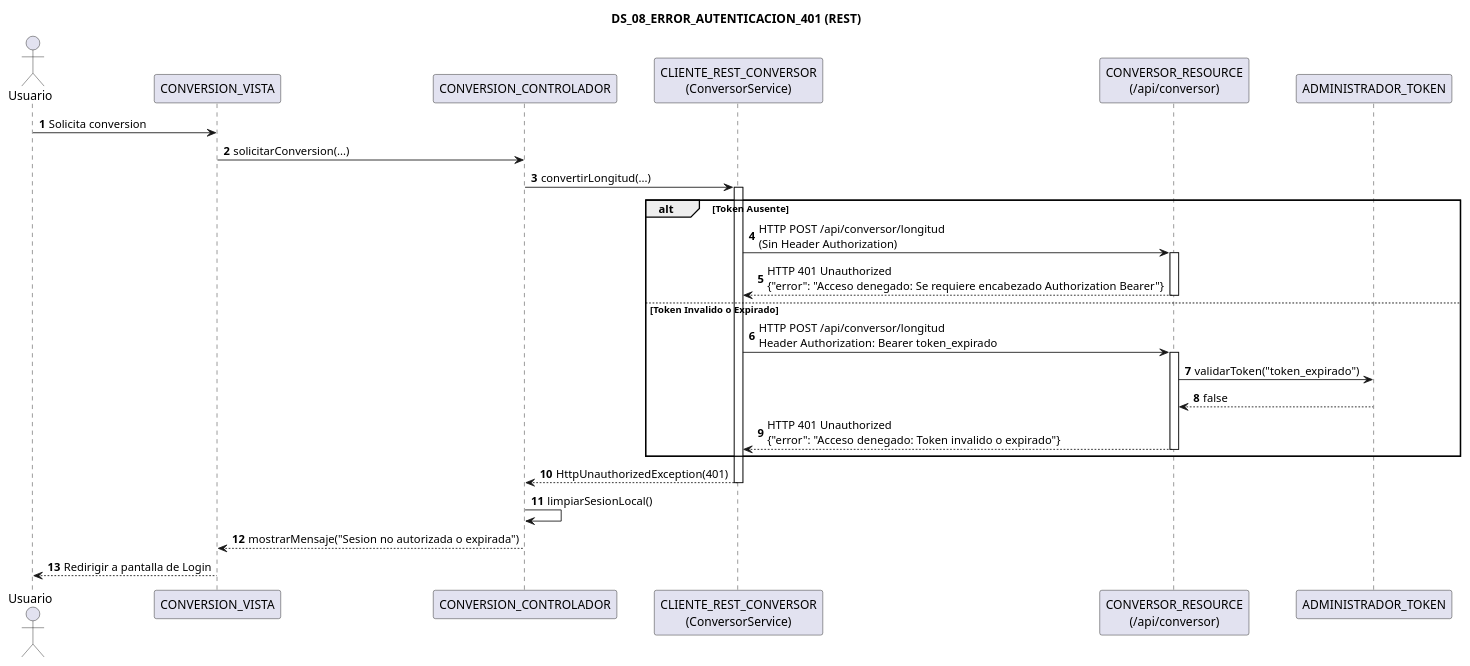
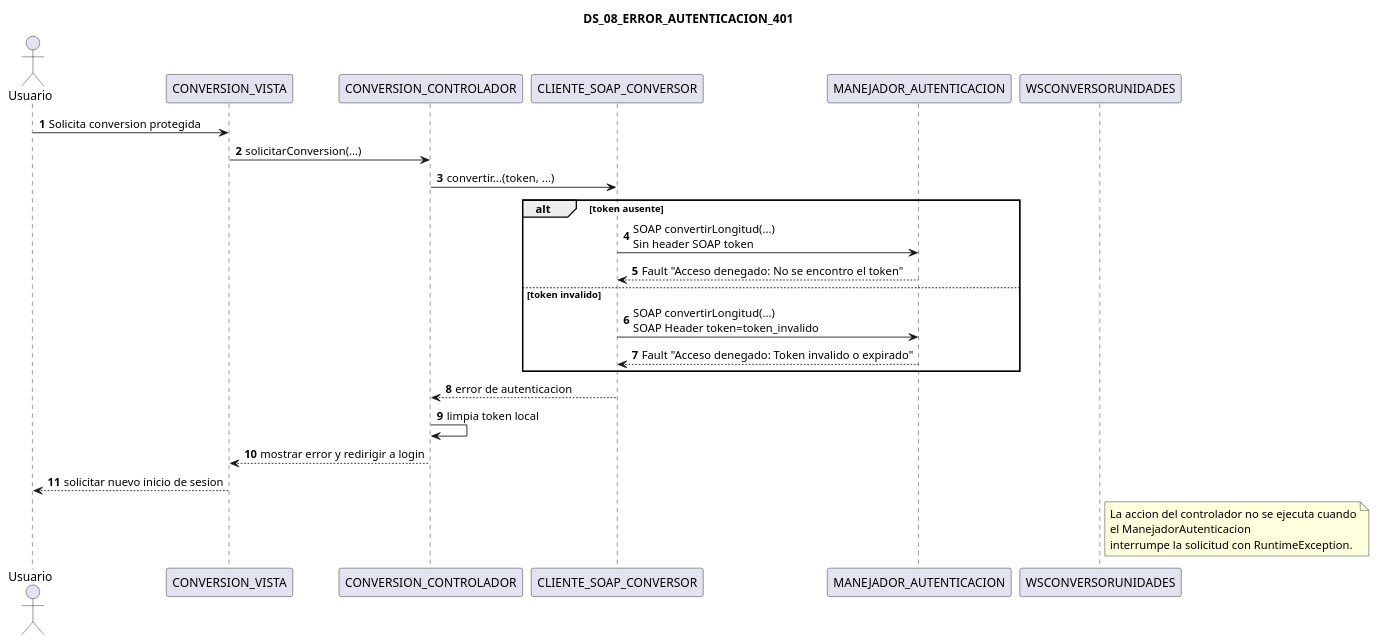
Before and after one commit to LeoNarvaez2503/Grupo4-NRC36884: the diagram in Parcial-I/Grupales/TG.1.4 PAO202651_RESTFUL_DOTNET_CONBDD_NRC36884_GR04/01. UML/03. DIAGRAMAS/03_SECUENCIA/DS_08_ERROR_AUTENTICACION_401.puml, drawn with PlantUML. The commit also changed other lines of this file and 2118 other files, not shown here.

Commit message:
SOAP JAVA CON BDD

```diff
--- a/Parcial-I/Grupales/TG.1.4 PAO202651_RESTFUL_DOTNET_CONBDD_NRC36884_GR04/01. UML/03. DIAGRAMAS/03_SECUENCIA/DS_08_ERROR_AUTENTICACION_401.puml
+++ b/Parcial-I/Grupales/TG.1.4 PAO202651_RESTFUL_DOTNET_CONBDD_NRC36884_GR04/01. UML/03. DIAGRAMAS/03_SECUENCIA/DS_08_ERROR_AUTENTICACION_401.puml
@@ -1,36 +1,35 @@
 @startuml
-title "DS_08_ERROR_AUTENTICACION_401 (REST)"
+title "DS_08_ERROR_AUTENTICACION_401"
 autonumber
 
 actor "Usuario" as Usuario
-participant "CONVERSION_VISTA" as Vista
-participant "CONVERSION_CONTROLADOR" as Controlador
-participant "CLIENTE_REST_CONVERSOR\n(ConversorService)" as ClienteRest
-participant "CONVERSOR_RESOURCE\n(/api/conversor)" as ConversorResource
-participant "ADMINISTRADOR_TOKEN" as TokenMgr
+participant "CONVERSION_VISTA" as ConversionVista
+participant "CONVERSION_CONTROLADOR" as ConversionControlador
+participant "CLIENTE_SOAP_CONVERSOR" as ClienteSoap
+participant "MANEJADOR_AUTENTICACION" as ManejadorAutenticacion
+participant "WSCONVERSORUNIDADES" as WSConversorUnidades
 
-Usuario -> Vista: Solicita conversion
-Vista -> Controlador: solicitarConversion(...)
-Controlador -> ClienteRest: convertirLongitud(...)
-activate ClienteRest
+Usuario -> ConversionVista: Solicita conversion protegida
+ConversionVista -> ConversionControlador: solicitarConversion(...)
+ConversionControlador -> ClienteSoap: convertir...(token, ...)
 
-alt Token Ausente
-    ClienteRest -> ConversorResource: HTTP POST /api/conversor/longitud\n(Sin Header Authorization)
-    activate ConversorResource
-    ConversorResource --> ClienteRest: HTTP 401 Unauthorized\n{"error": "Acceso denegado: Se requiere encabezado Authorization Bearer"}
-    deactivate ConversorResource
-else Token Invalido o Expirado
-    ClienteRest -> ConversorResource: HTTP POST /api/conversor/longitud\nHeader Authorization: Bearer token_expirado
-    activate ConversorResource
-    ConversorResource -> TokenMgr: validarToken("token_expirado")
-    TokenMgr --> ConversorResource: false
-    ConversorResource --> ClienteRest: HTTP 401 Unauthorized\n{"error": "Acceso denegado: Token invalido o expirado"}
-    deactivate ConversorResource
+alt token ausente
+    ClienteSoap -> ManejadorAutenticacion: SOAP convertirLongitud(...)\nSin header SOAP token
+    ManejadorAutenticacion --> ClienteSoap: Fault "Acceso denegado: No se encontro el token"
+else token invalido
+    ClienteSoap -> ManejadorAutenticacion: SOAP convertirLongitud(...)\nSOAP Header token=token_invalido
+    ManejadorAutenticacion --> ClienteSoap: Fault "Acceso denegado: Token invalido o expirado"
 end
 
-ClienteRest --> Controlador: HttpUnauthorizedException(401)
-deactivate ClienteRest
-Controlador -> Controlador: limpiarSesionLocal()
-Controlador --> Vista: mostrarMensaje("Sesion no autorizada o expirada")
-Vista --> Usuario: Redirigir a pantalla de Login
+ClienteSoap --> ConversionControlador: error de autenticacion
+ConversionControlador -> ConversionControlador: limpia token local
+ConversionControlador --> ConversionVista: mostrar error y redirigir a login
+ConversionVista --> Usuario: solicitar nuevo inicio de sesion
+
+note right of WSConversorUnidades
+La accion del controlador no se ejecuta cuando
+el ManejadorAutenticacion
+interrumpe la solicitud con RuntimeException.
+end note
+
 @enduml
```
